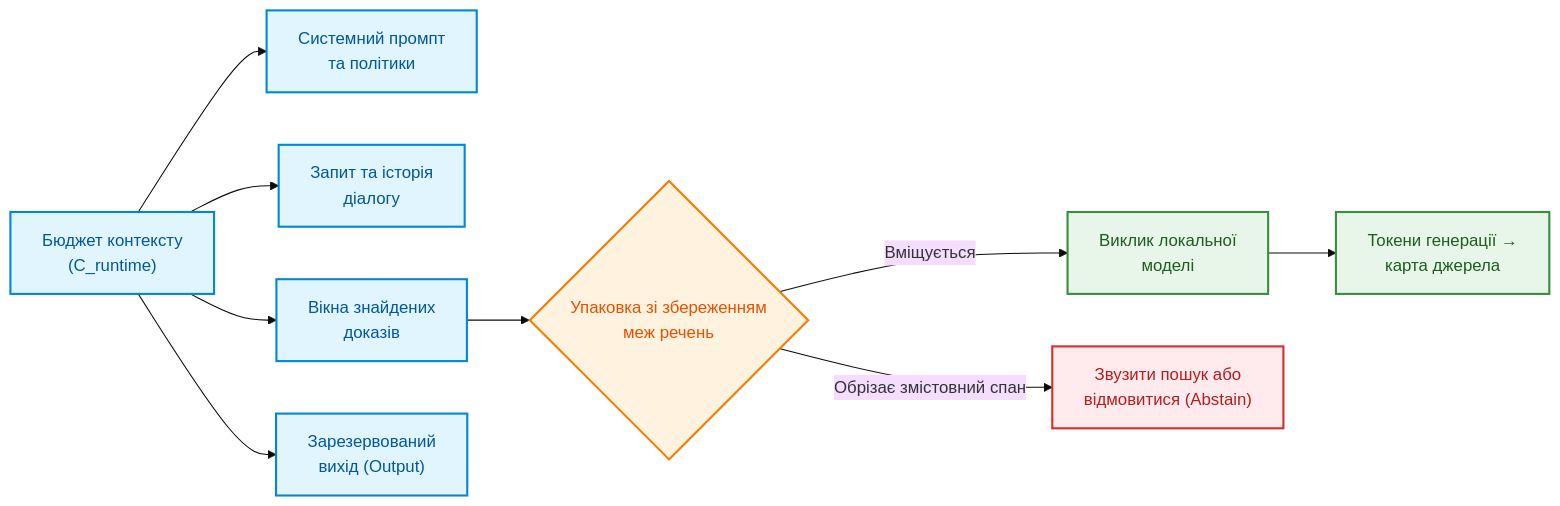
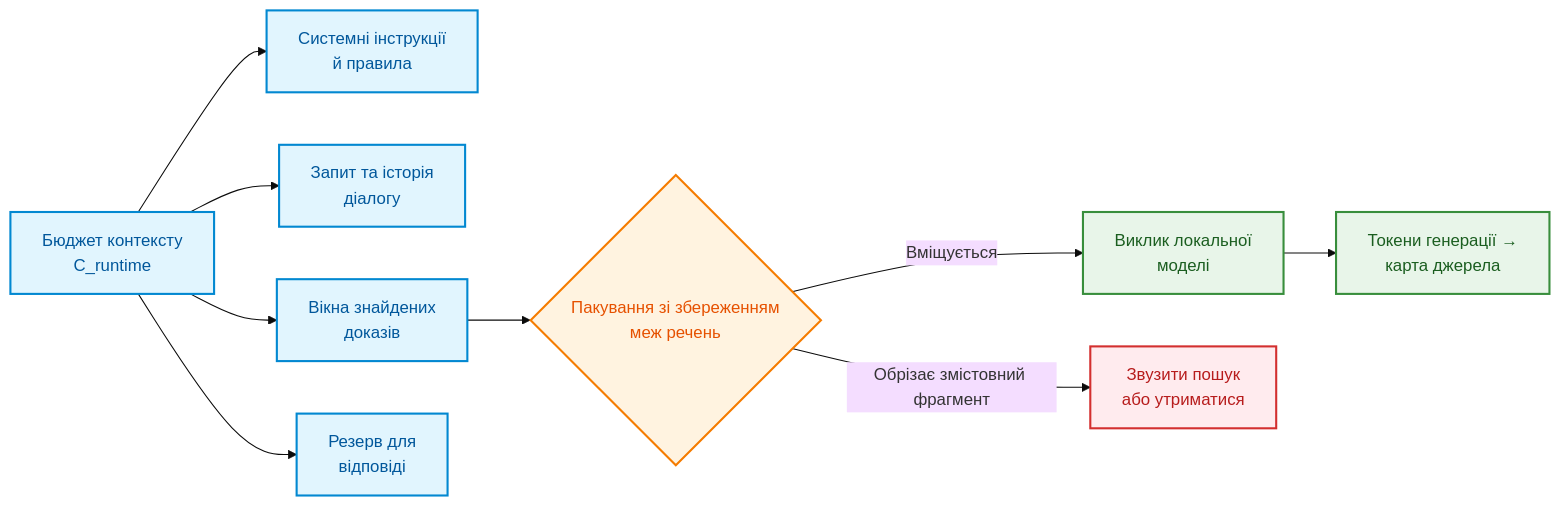
Before and after one commit to nick-fedchik/articles: the fifth of 7 diagrams in ExpertSystem/ch12-linguistic-analysis-and-local-models.md, drawn with Mermaid (base theme). The commit also changed other lines of this file, not shown here.

````diff
--- a/ExpertSystem/ch12-linguistic-analysis-and-local-models.md
+++ b/ExpertSystem/ch12-linguistic-analysis-and-local-models.md
@@ -232,24 +233,24 @@
 ```mermaid
 flowchart LR
     accTitle: Керування бюджетом контекстного вікна моделі
-    accDescr: Розподіл ліміту токенів між системними інструкціями, запитом, доказами та вихідною генерацією.
+    accDescr: Розподіл ліміту токенів між системними інструкціями, запитом, доказами та відповіддю.
 
-    C["Бюджет контексту<br/>(C_runtime)"] --> S["Системний промпт<br/>та політики"]
+    C["Бюджет контексту<br/>C_runtime"] --> S["Системні інструкції<br/>й правила"]
     C --> Q["Запит та історія<br/>діалогу"]
     C --> E["Вікна знайдених<br/>доказів"]
-    C --> O["Зарезервований<br/>вихід (Output)"]
-    E --> P{"Упаковка зі збереженням<br/>меж речень"}
-    P -->|Вміщується| RUN["Виклик локальної<br/>моделі"]
-    P -->|Обрізає змістовний спан| ABS["Звузити пошук або<br/>відмовитися (Abstain)"]
+    C --> O["Резерв для<br/>відповіді"]
+    E --> P{"Пакування зі збереженням<br/>меж речень"}
+    P -->|"Вміщується"| RUN["Виклик локальної<br/>моделі"]
+    P -->|"Обрізає змістовний фрагмент"| ABS["Звузити пошук<br/>або утриматися"]
     RUN --> MAP["Токени генерації →<br/>карта джерела"]
 
     classDef bud fill:#e1f5fe,stroke:#0288d1,stroke-width:2px,color:#01579b;
     classDef check fill:#fff3e0,stroke:#f57c00,stroke-width:2px,color:#e65100;
     classDef act fill:#e8f5e9,stroke:#388e3c,stroke-width:2px,color:#1b5e20;
     classDef stop fill:#ffebee,stroke:#d32f2f,stroke-width:2px,color:#b71c1c;
 
     class C,S,Q,E,O bud;
     class P check;
     class RUN,MAP act;
     class ABS stop;
 ```
````
